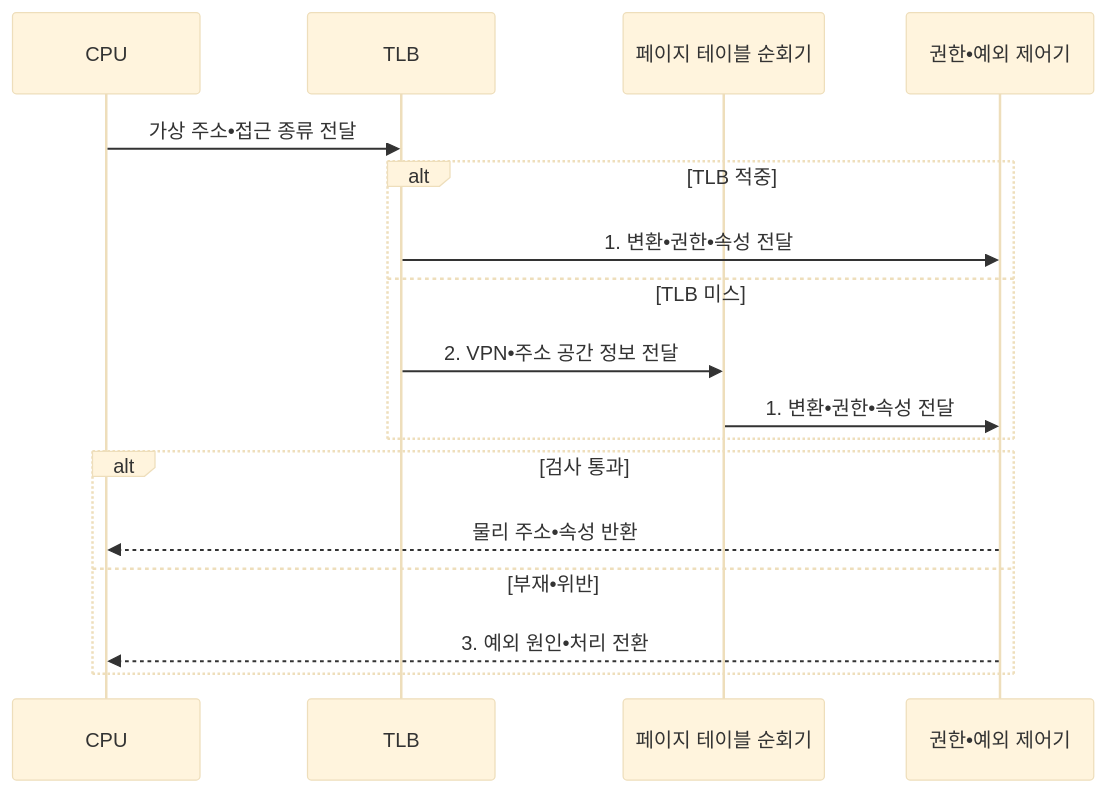
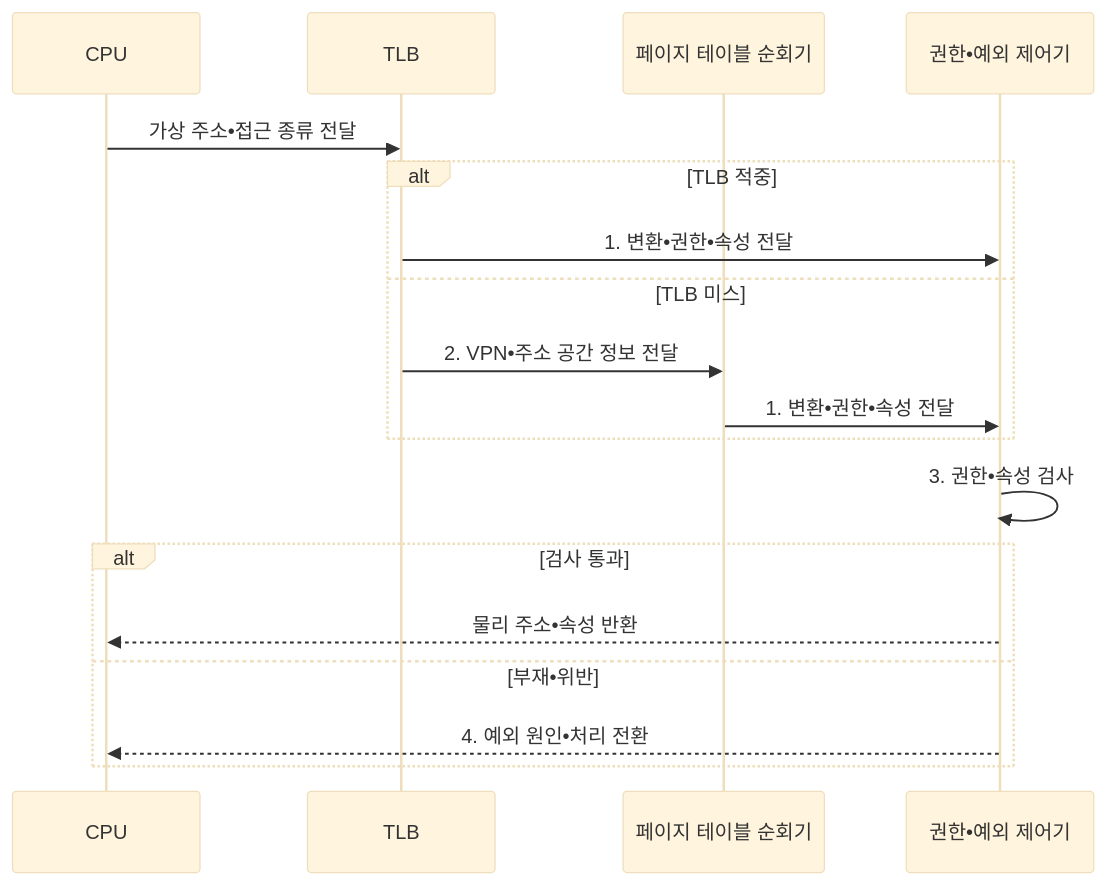
Before and after one commit to agnusdei1207/knowledge-base: the second of 2 diagrams in src/content/docs/notes/02-hardware/020_mmu.md, drawn with Mermaid (base theme). The commit also changed other lines of this file and 10 other files, not shown here.

````diff
--- a/src/content/docs/notes/02-hardware/020_mmu.md
+++ b/src/content/docs/notes/02-hardware/020_mmu.md
@@ -104,19 +104,20 @@
 ```mermaid
 sequenceDiagram
     participant C as CPU
     participant T as TLB
     participant W as 페이지 테이블 순회기
     participant P as 권한•예외 제어기
     C->>T: 가상 주소•접근 종류 전달
     alt TLB 적중
         T->>P: 1. 변환•권한•속성 전달
     else TLB 미스
         T->>W: 2. VPN•주소 공간 정보 전달
         W->>P: 1. 변환•권한•속성 전달
     end
+    P->>P: 3. 권한•속성 검사
     alt 검사 통과
         P-->>C: 물리 주소•속성 반환
     else 부재•위반
-        P-->>C: 3. 예외 원인•처리 전환
+        P-->>C: 4. 예외 원인•처리 전환
     end
 ```
````
